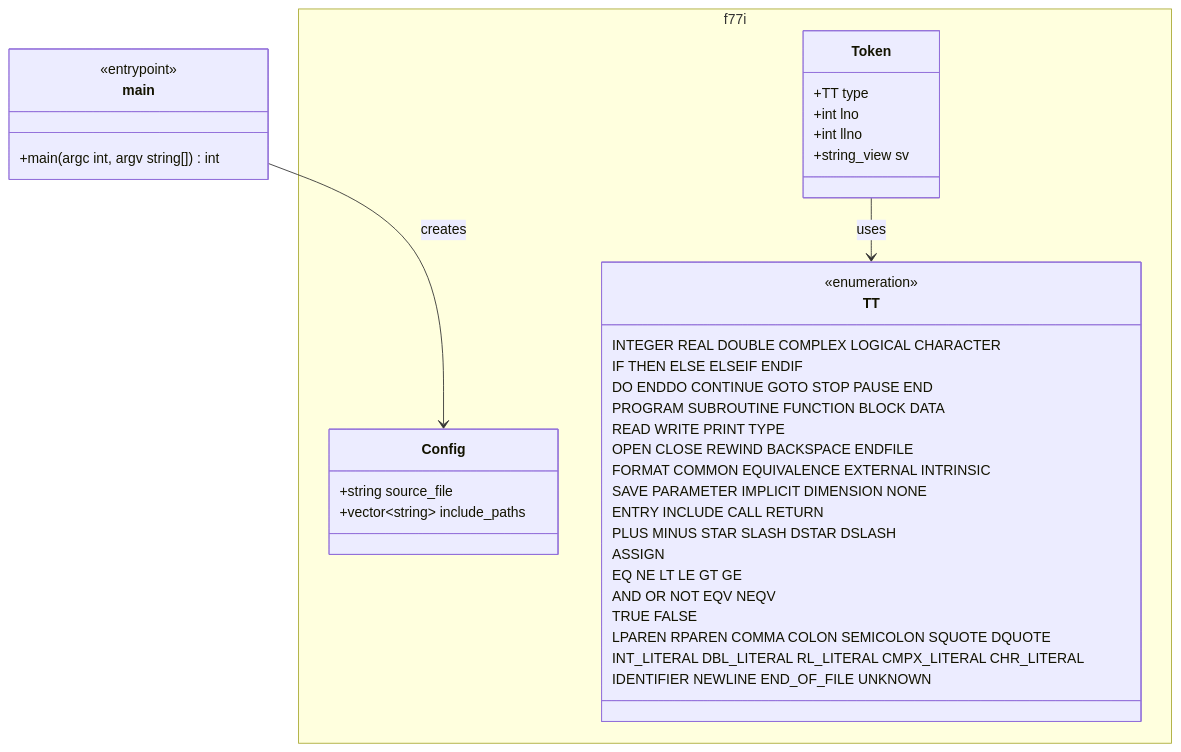
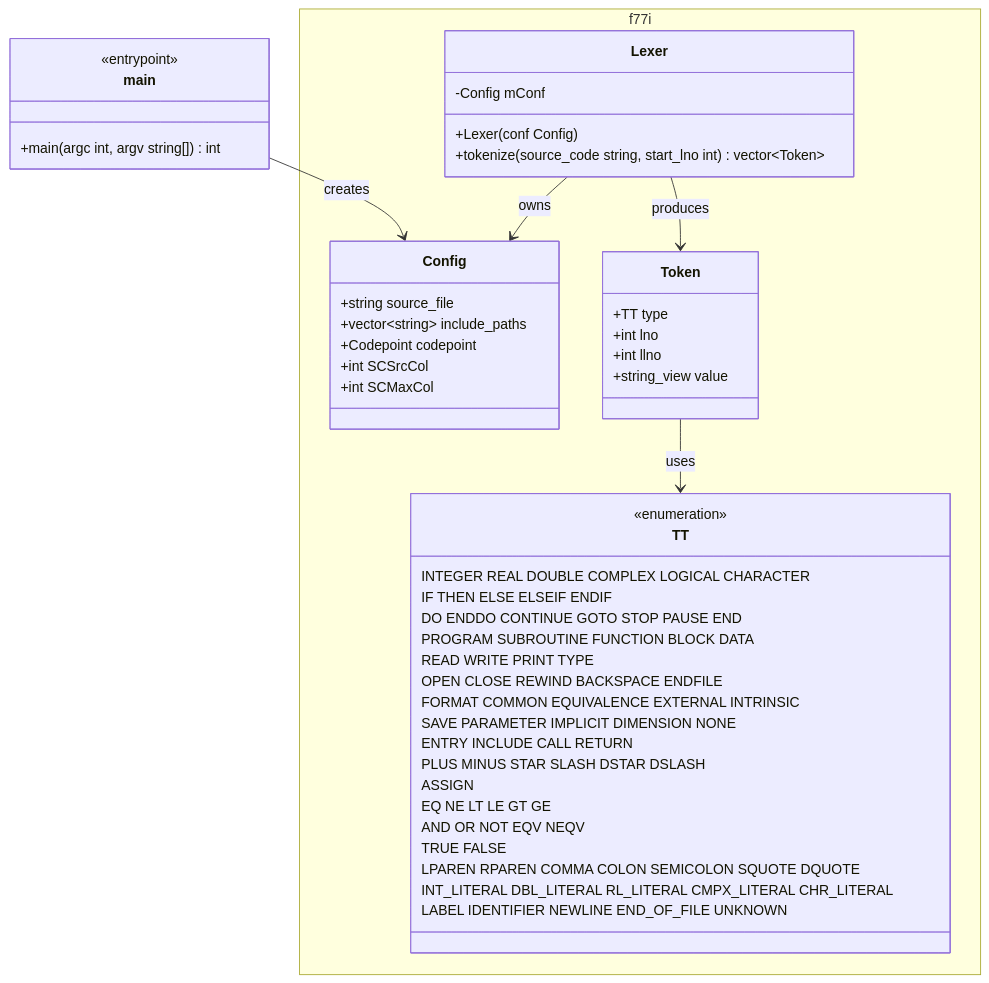
Before and after one commit to armandli/f77interpret: the diagram in docs/memory/architecture.md, drawn with Mermaid. The commit also changed 9 other files, not shown here.

````diff
--- a/docs/memory/architecture.md
+++ b/docs/memory/architecture.md
@@ -7,41 +7,51 @@
 ```mermaid
 classDiagram
     namespace f77i {
         class Config {
             +string source_file
             +vector~string~ include_paths
+            +Codepoint codepoint
+            +int SCSrcCol
+            +int SCMaxCol
         }
         class TT {
             <<enumeration>>
             INTEGER REAL DOUBLE COMPLEX LOGICAL CHARACTER
             IF THEN ELSE ELSEIF ENDIF
             DO ENDDO CONTINUE GOTO STOP PAUSE END
             PROGRAM SUBROUTINE FUNCTION BLOCK DATA
             READ WRITE PRINT TYPE
             OPEN CLOSE REWIND BACKSPACE ENDFILE
             FORMAT COMMON EQUIVALENCE EXTERNAL INTRINSIC
             SAVE PARAMETER IMPLICIT DIMENSION NONE
             ENTRY INCLUDE CALL RETURN
             PLUS MINUS STAR SLASH DSTAR DSLASH
             ASSIGN
             EQ NE LT LE GT GE
             AND OR NOT EQV NEQV
             TRUE FALSE
             LPAREN RPAREN COMMA COLON SEMICOLON SQUOTE DQUOTE
             INT_LITERAL DBL_LITERAL RL_LITERAL CMPX_LITERAL CHR_LITERAL
-            IDENTIFIER NEWLINE END_OF_FILE UNKNOWN
+            LABEL IDENTIFIER NEWLINE END_OF_FILE UNKNOWN
         }
         class Token {
             +TT type
             +int lno
             +int llno
-            +string_view sv
+            +string_view value
+        }
+        class Lexer {
+            -Config mConf
+            +Lexer(conf Config)
+            +tokenize(source_code string, start_lno int) vector~Token~
         }
     }
     class main {
         <<entrypoint>>
         +main(argc int, argv string[]) int
     }
     main --> Config : creates
     Token --> TT : uses
+    Lexer --> Config : owns
+    Lexer --> Token : produces
 ```
````
